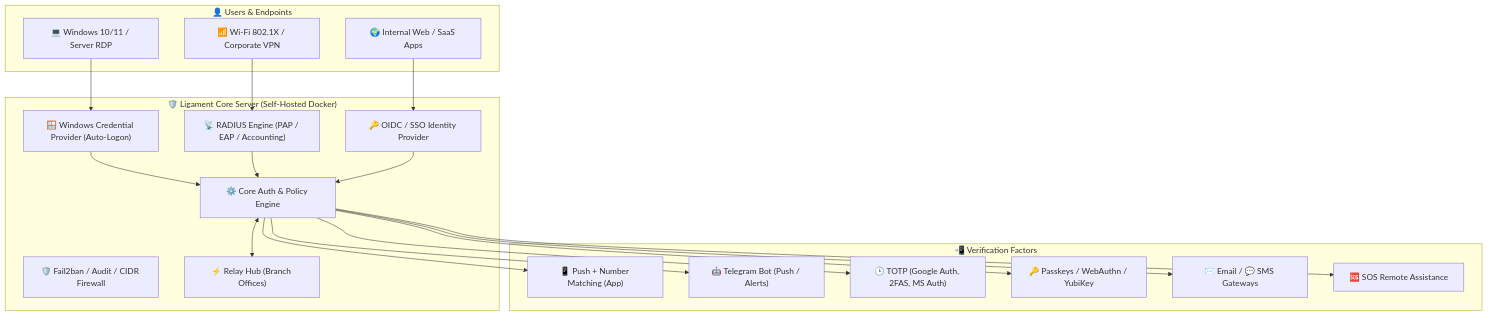
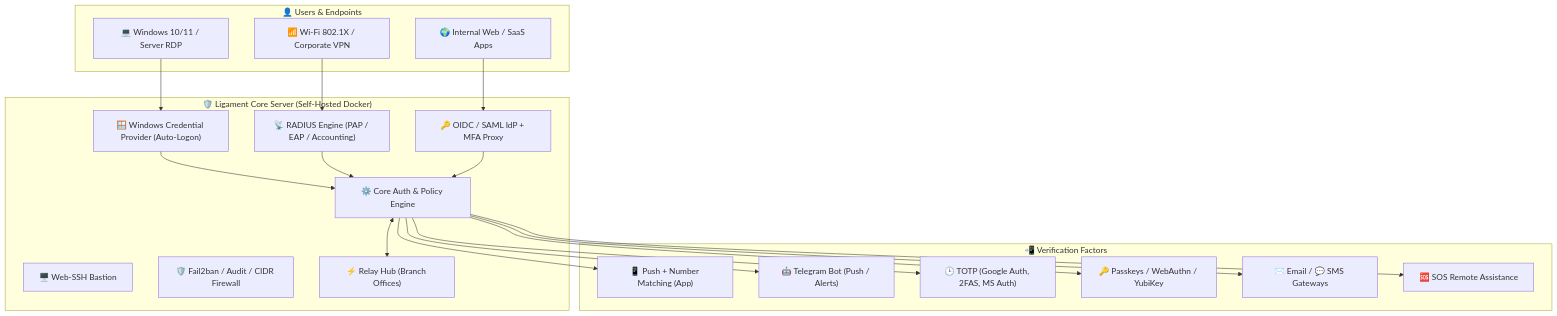
Before and after one commit to aligorov/ligament: the diagram in README.md, drawn with Mermaid. The commit also changed other lines of this file and 1 other file, not shown here.

First line of the commit message:
docs: актуализация лендинга до v0.8.x — SAML, MFA-прокси, бастион, мессенджеры, PWA, мониторинг

````diff
--- a/README.md
+++ b/README.md
@@ -46,37 +46,38 @@
 ```mermaid
 flowchart TD
     subgraph Users["👤 Users & Endpoints"]
         U1["💻 Windows 10/11 / Server RDP"]
         U2["📶 Wi-Fi 802.1X / Corporate VPN"]
         U3["🌍 Internal Web / SaaS Apps"]
     end
 
     subgraph LigamentCore["🛡️ Ligament Core Server (Self-Hosted Docker)"]
         CP["🪟 Windows Credential Provider (Auto-Logon)"]
         RAD["📡 RADIUS Engine (PAP / EAP / Accounting)"]
-        OIDC["🔑 OIDC / SSO Identity Provider"]
+        OIDC["🔑 OIDC / SAML IdP + MFA Proxy"]
+        BAST["🖥️ Web-SSH Bastion"]
         AUTH["⚙️ Core Auth & Policy Engine"]
         FSM["🛡️ Fail2ban / Audit / CIDR Firewall"]
         REL["⚡ Relay Hub (Branch Offices)"]
     end
 
     subgraph Factors["📲 Verification Factors"]
         F1["📱 Push + Number Matching (App)"]
         F2["🤖 Telegram Bot (Push / Alerts)"]
         F3["🕒 TOTP (Google Auth, 2FAS, MS Auth)"]
         F4["🔑 Passkeys / WebAuthn / YubiKey"]
         F5["✉️ Email / 💬 SMS Gateways"]
         F6["🆘 SOS Remote Assistance"]
     end
 
     U1 --> CP --> AUTH
     U2 --> RAD --> AUTH
     U3 --> OIDC --> AUTH
     AUTH --> F1
     AUTH --> F2
     AUTH --> F3
     AUTH --> F4
     AUTH --> F5
     AUTH --> F6
     AUTH <--> REL
 ```
````
